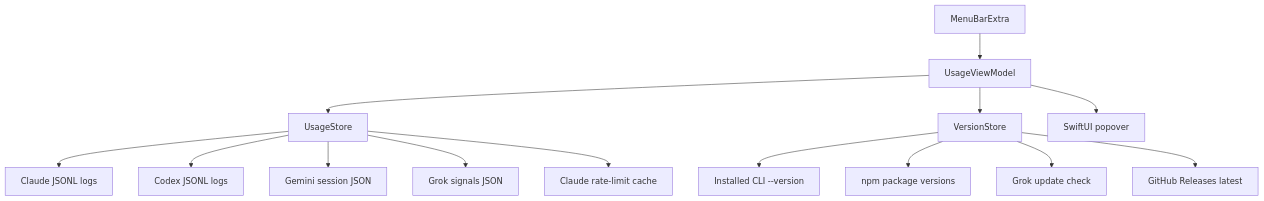
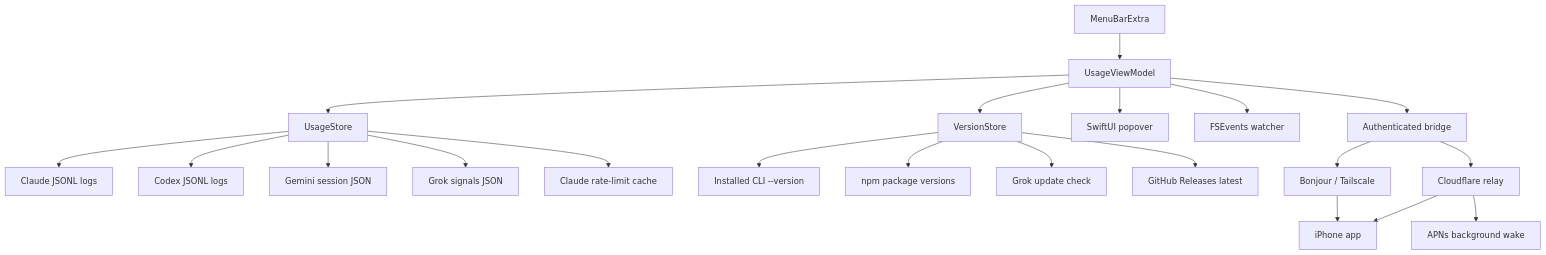
The first of 3 diagrams in README.md (happenings-dk/ai-usage), drawn with Mermaid before and after one commit. The commit also changed other lines of this file and 27 other files, not shown here.

````diff
--- a/README.md
+++ b/README.md
@@ -33,16 +36,23 @@
 ```mermaid
 flowchart TD
     A[MenuBarExtra] --> B[UsageViewModel]
     B --> C[UsageStore]
     B --> D[VersionStore]
     C --> E[Claude JSONL logs]
     C --> F[Codex JSONL logs]
     C --> G[Gemini session JSON]
     C --> H[Grok signals JSON]
     C --> I[Claude rate-limit cache]
     D --> J[Installed CLI --version]
     D --> K[npm package versions]
     D --> L[Grok update check]
     D --> M[GitHub Releases latest]
     B --> N[SwiftUI popover]
+    B --> O[FSEvents watcher]
+    B --> P[Authenticated bridge]
+    P --> Q[Bonjour / Tailscale]
+    P --> R[Cloudflare relay]
+    Q --> S[iPhone app]
+    R --> S
+    R --> T[APNs background wake]
 ```
````
